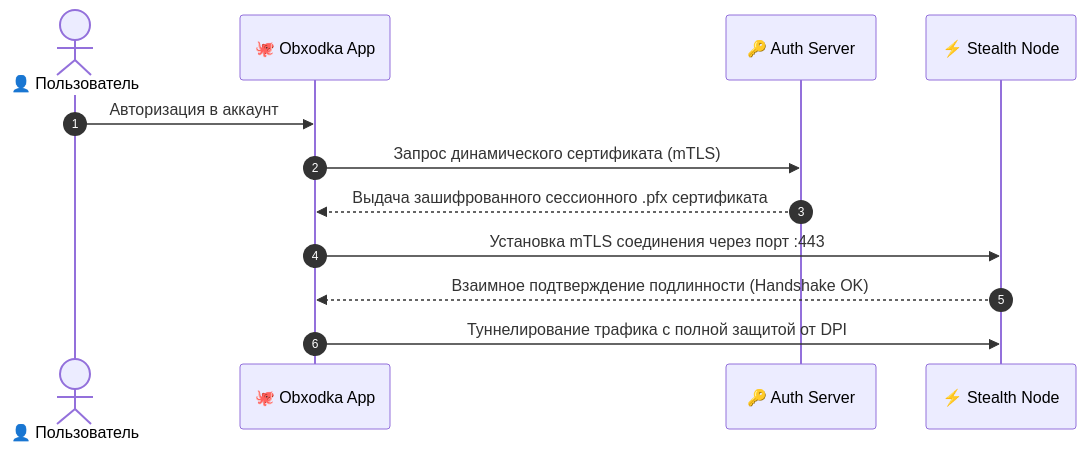
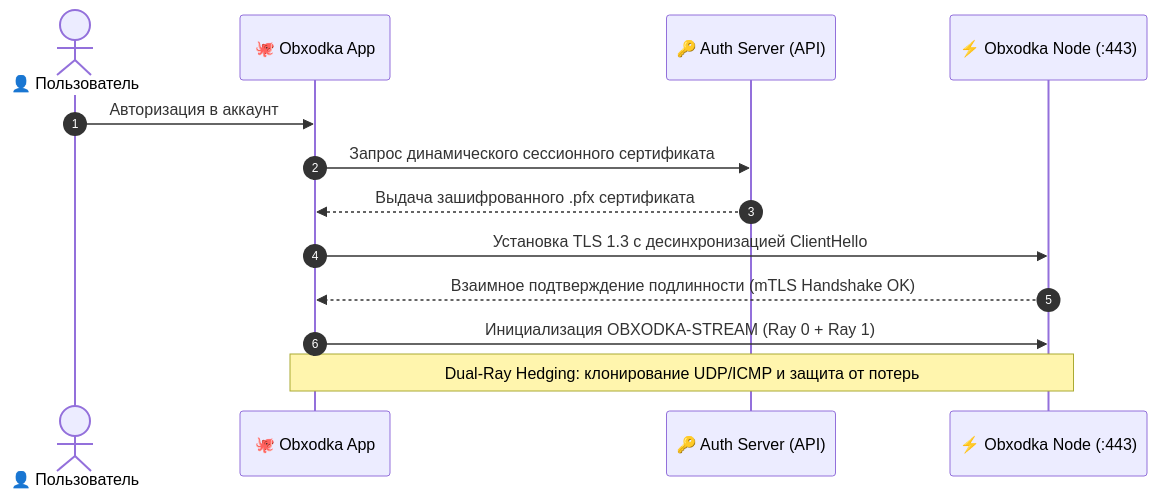
One commit to OctoCore-Dev/obxodka changed the second of 2 diagrams in README.md. Above: the diagram before and after it, drawn with Mermaid. The commit also changed other lines of this file and 7 other files, not shown here.

Commit message:
docs(legal): add comprehensive Privacy Policy, Terms of Service, and update architecture to OBXODKA-STREAM Dual-Ray

````diff
--- a/README.md
+++ b/README.md
@@ -101,15 +111,16 @@
 ```mermaid
 sequenceDiagram
     autonumber
     actor User as 👤 Пользователь
     participant Client as 🐙 Obxodka App
-    participant Auth as 🔑 Auth Server
-    participant Gateway as ⚡ Stealth Node
+    participant Auth as 🔑 Auth Server (API)
+    participant Gateway as ⚡ Obxodka Node (:443)
 
     User->>Client: Авторизация в аккаунт
-    Client->>Auth: Запрос динамического сертификата (mTLS)
-    Auth-->>Client: Выдача зашифрованного сессионного .pfx сертификата
-    Client->>Gateway: Установка mTLS соединения через порт :443
-    Gateway-->>Client: Взаимное подтверждение подлинности (Handshake OK)
-    Client->>Gateway: Туннелирование трафика с полной защитой от DPI
+    Client->>Auth: Запрос динамического сессионного сертификата
+    Auth-->>Client: Выдача зашифрованного .pfx сертификата
+    Client->>Gateway: Установка TLS 1.3 с десинхронизацией ClientHello
+    Gateway-->>Client: Взаимное подтверждение подлинности (mTLS Handshake OK)
+    Client->>Gateway: Инициализация OBXODKA-STREAM (Ray 0 + Ray 1)
+    Note over Client,Gateway: Dual-Ray Hedging: клонирование UDP/ICMP и защита от потерь
 ```
````
